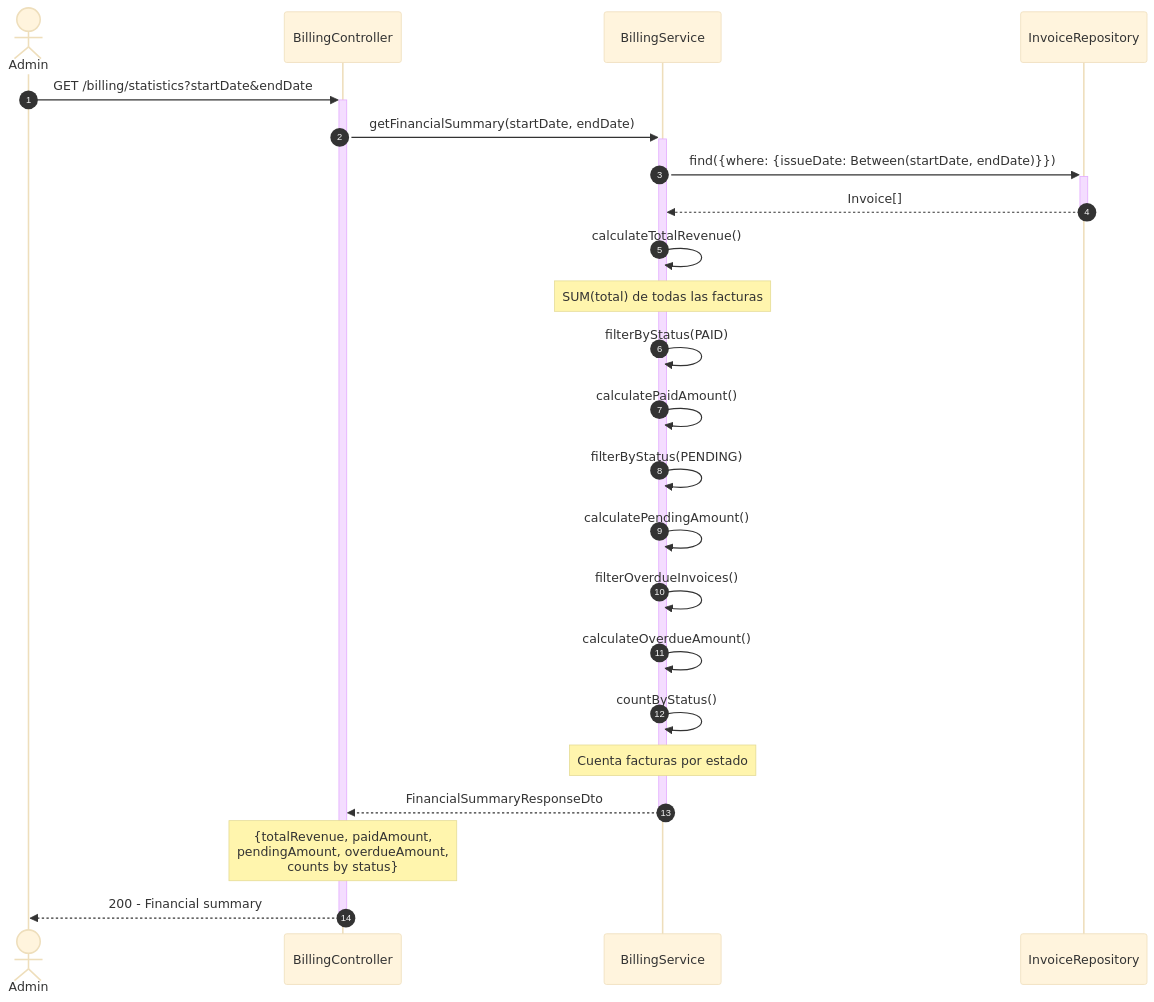
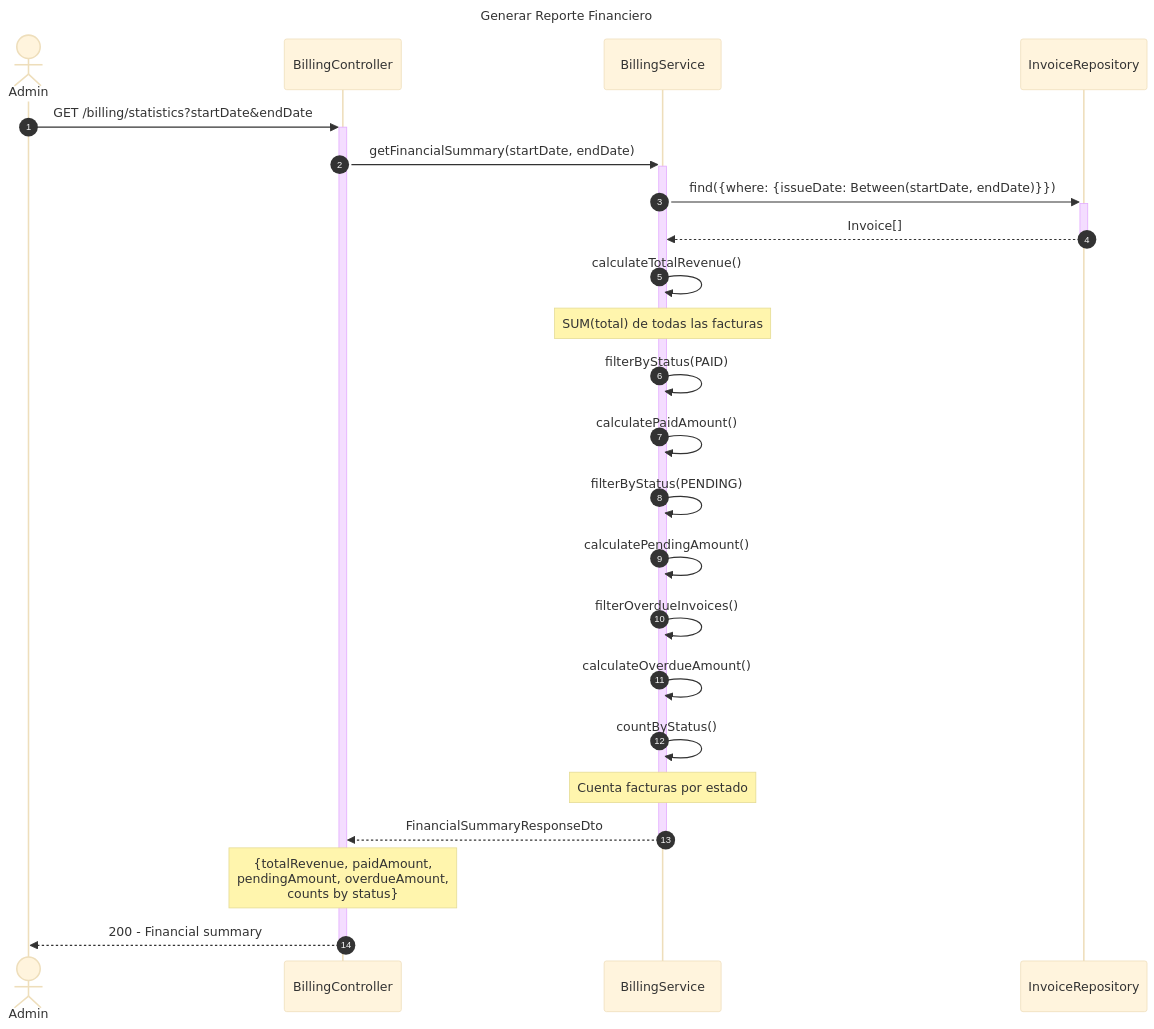
The third of 7 diagrams in diagrams/sequence/billing-sequence-diagram.md (Nick220505/hotelier-backend), drawn with Mermaid (base theme) before and after one commit. The commit also changed other lines of this file and 5 other files, not shown here.

Commit message:
Add titles to sequence diagrams for Billing, Employees, Inventory, Reservations, Restaurant, and Users modules

````diff
--- a/diagrams/sequence/billing-sequence-diagram.md
+++ b/diagrams/sequence/billing-sequence-diagram.md
@@ -74,33 +80,36 @@
 ```mermaid
+---
+title: Generar Reporte Financiero
+---
 sequenceDiagram
     autonumber
     actor Admin
     participant Controller as BillingController
     participant Service as BillingService
     participant InvoiceRepo as InvoiceRepository
 
     Admin->>+Controller: GET /billing/statistics?startDate&endDate
     Controller->>+Service: getFinancialSummary(startDate, endDate)
     
     Service->>+InvoiceRepo: find({where: {issueDate: Between(startDate, endDate)}})
     InvoiceRepo-->>-Service: Invoice[]
     
     Service->>Service: calculateTotalRevenue()
     Note over Service: SUM(total) de todas las facturas
     
     Service->>Service: filterByStatus(PAID)
     Service->>Service: calculatePaidAmount()
     
     Service->>Service: filterByStatus(PENDING)
     Service->>Service: calculatePendingAmount()
     
     Service->>Service: filterOverdueInvoices()
     Service->>Service: calculateOverdueAmount()
     
     Service->>Service: countByStatus()
     Note over Service: Cuenta facturas por estado
     
     Service-->>-Controller: FinancialSummaryResponseDto
     Note over Controller: {totalRevenue, paidAmount,<br/>pendingAmount, overdueAmount,<br/>counts by status}
     Controller-->>-Admin: 200 - Financial summary
 ```
````
